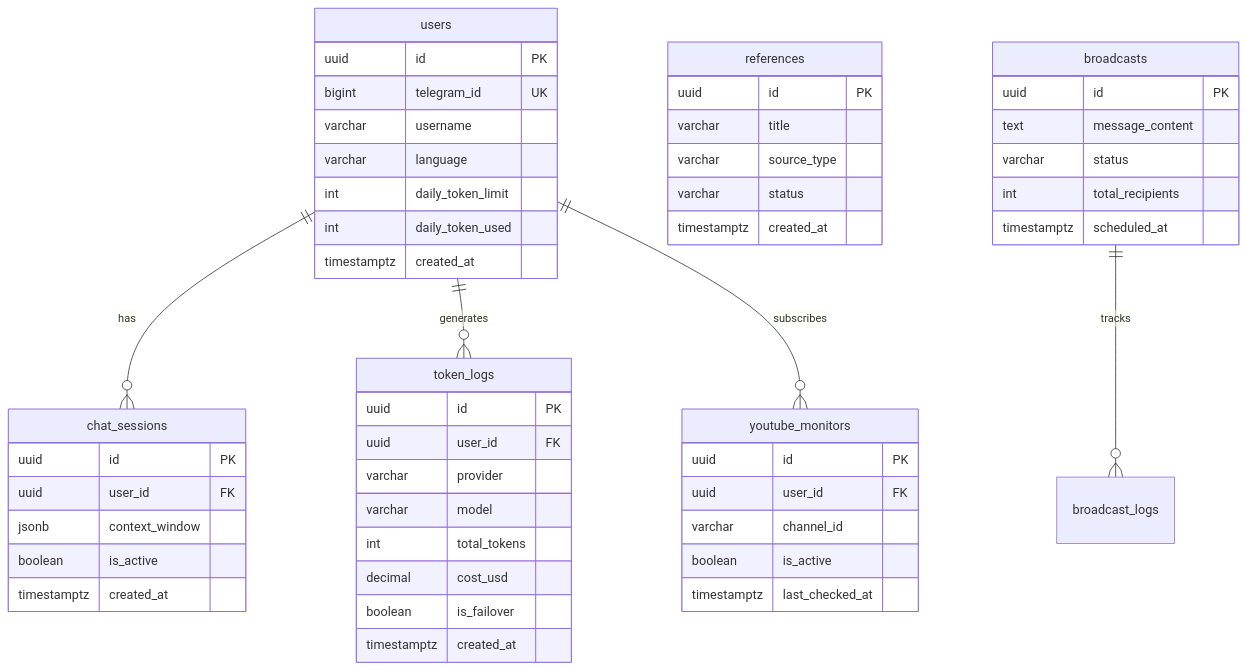
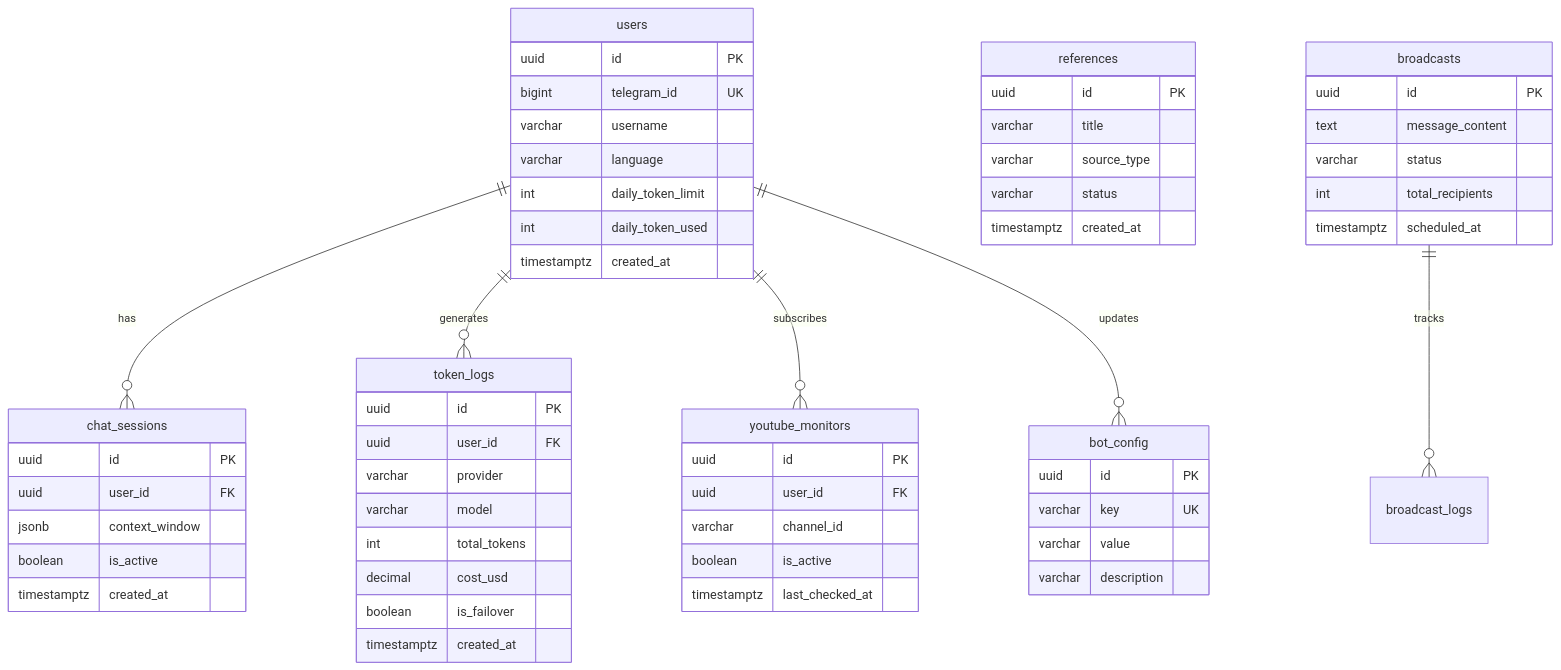
Before and after one commit to TheHashemCode/TheMahdiAI: the diagram in docs/database.md, drawn with Mermaid. The commit also changed 44 other files, not shown here.

````diff
--- a/docs/database.md
+++ b/docs/database.md
@@ -5,60 +5,68 @@
 ```mermaid
 erDiagram
     users {
         uuid id PK
         bigint telegram_id UK
         varchar username
         varchar language
         int daily_token_limit
         int daily_token_used
         timestamptz created_at
     }
 
     chat_sessions {
         uuid id PK
         uuid user_id FK
         jsonb context_window
         boolean is_active
         timestamptz created_at
     }
 
     token_logs {
         uuid id PK
         uuid user_id FK
         varchar provider
         varchar model
         int total_tokens
         decimal cost_usd
         boolean is_failover
         timestamptz created_at
     }
 
     references {
         uuid id PK
         varchar title
         varchar source_type
         varchar status
         timestamptz created_at
     }
 
+    bot_config {
+        uuid id PK
+        varchar key UK
+        varchar value
+        varchar description
+    }
+
     broadcasts {
         uuid id PK
         text message_content
         varchar status
         int total_recipients
         timestamptz scheduled_at
     }
 
     youtube_monitors {
         uuid id PK
         uuid user_id FK
         varchar channel_id
         boolean is_active
         timestamptz last_checked_at
     }
 
     users ||--o{ chat_sessions : "has"
     users ||--o{ token_logs : "generates"
     users ||--o{ youtube_monitors : "subscribes"
+    users ||--o{ bot_config : "updates"
     broadcasts ||--o{ broadcast_logs : "tracks"
 ```
````
